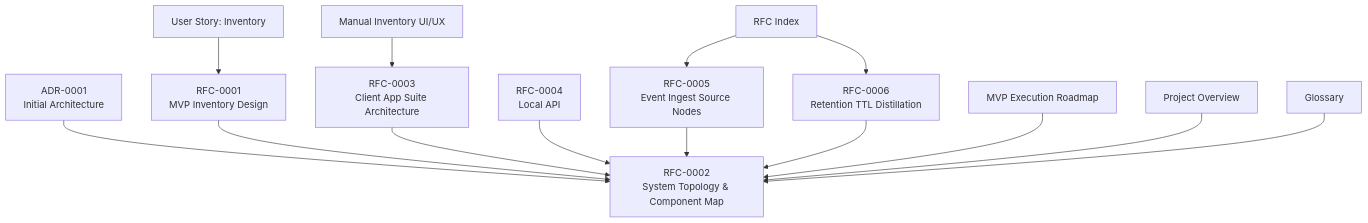
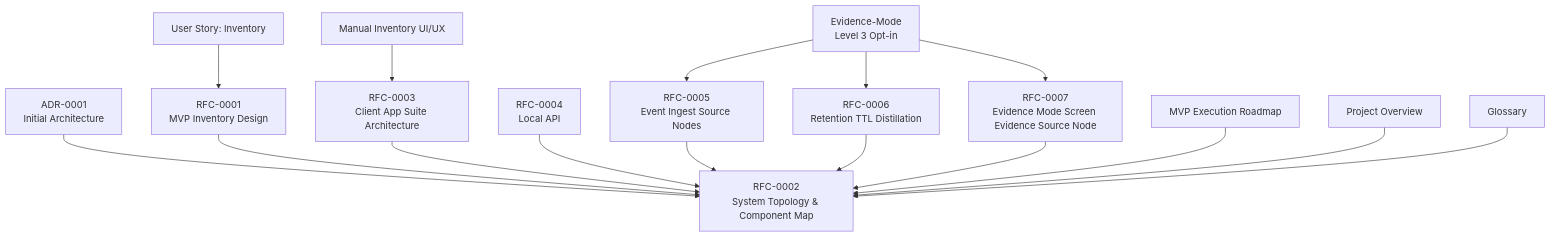
One commit to asukhodko/timeskein changed the first of 2 diagrams in .qoder/repowiki/en/content/Technical Design Specifications.md. Above: the diagram before and after it, drawn with Mermaid. The commit also changed other lines of this file and 6 other files, not shown here.

First line of the commit message:
docs(adr): add ADR-0003 Evidence-Mode Opt-in architecture decision

````diff
--- a/.qoder/repowiki/en/content/Technical Design Specifications.md
+++ b/.qoder/repowiki/en/content/Technical Design Specifications.md
@@ -60,16 +57,18 @@
 ```mermaid
 graph TB
 ADR["ADR-0001<br/>Initial Architecture"] --> RFC2["RFC-0002<br/>System Topology & Component Map"]
 RFC1["RFC-0001<br/>MVP Inventory Design"] --> RFC2
 RFC3["RFC-0003<br/>Client App Suite Architecture"] --> RFC2
 RFC4["RFC-0004<br/>Local API"] --> RFC2
 RFC5["RFC-0005<br/>Event Ingest Source Nodes"] --> RFC2
 RFC6["RFC-0006<br/>Retention TTL Distillation"] --> RFC2
+RFC7["RFC-0007<br/>Evidence Mode Screen Evidence Source Node"] --> RFC2
 US1["User Story: Inventory"] --> RFC1
 UX["Manual Inventory UI/UX"] --> RFC3
 Roadmap["MVP Execution Roadmap"] --> RFC2
 Overview["Project Overview"] --> RFC2
 Glossary["Glossary"] --> RFC2
-RFCIndex["RFC Index"] --> RFC5
-RFCIndex --> RFC6
+EvidenceMode["Evidence-Mode<br/>Level 3 Opt-in"] --> RFC7
+EvidenceMode --> RFC6
+EvidenceMode --> RFC5
 ```
````
